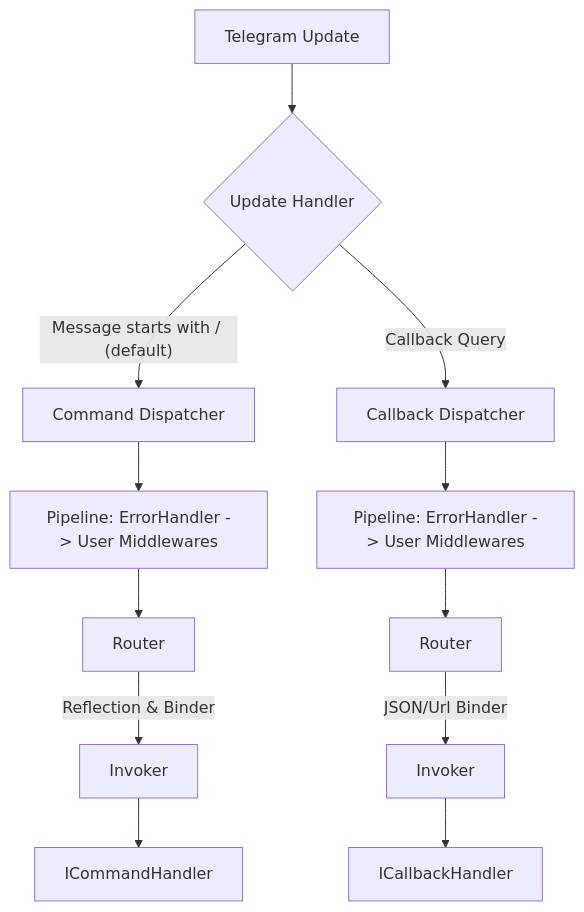
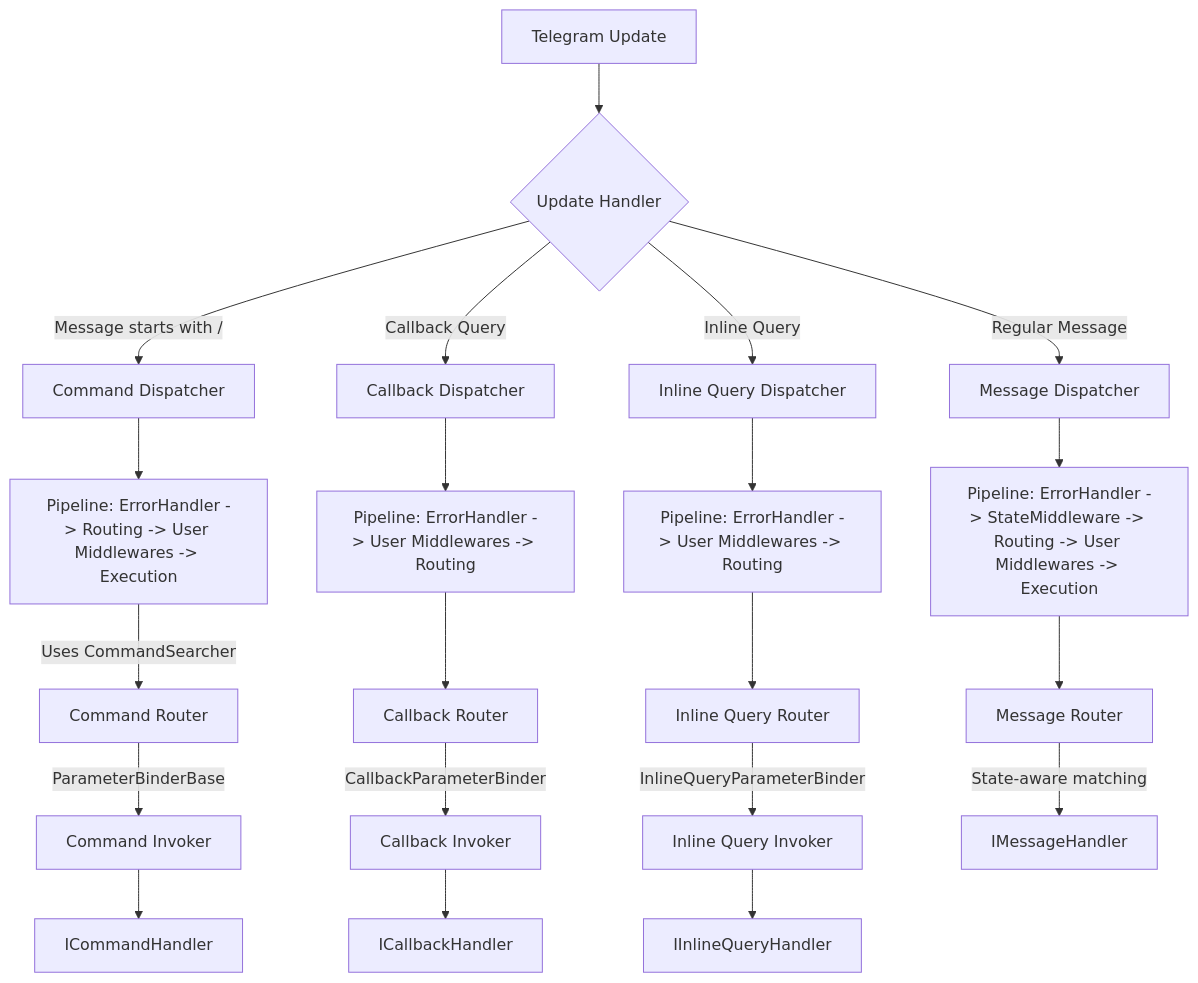
Before and after one commit to uladzislautsimankou/telegram-botkit: the diagram in README.md, drawn with Mermaid. The commit also changed other lines of this file and 1 other file, not shown here.

````diff
--- a/README.md
+++ b/README.md
@@ -17,18 +16,31 @@
 ```mermaid
 graph TD
     Update[Telegram Update] --> Handler{Update Handler}
     
     %% Command Flow
-    Handler -- "Message starts with / (default)" --> CmdDisp[Command Dispatcher]
-    CmdDisp --> CmdPipe[Pipeline: ErrorHandler -> User Middlewares]
-    CmdPipe --> CmdRouter[Router]
-    CmdRouter -- Reflection & Binder --> CmdInvoker[Invoker]
+    Handler -- "Message starts with /" --> CmdDisp[Command Dispatcher]
+    CmdDisp --> CmdPipe[Pipeline: ErrorHandler -> Routing -> User Middlewares -> Execution]
+    CmdPipe -- "Uses CommandSearcher" --> CmdRouter[Command Router]
+    CmdRouter -- "ParameterBinderBase" --> CmdInvoker[Command Invoker]
     CmdInvoker --> CmdHandler[ICommandHandler]
     
     %% Callback Flow
     Handler -- Callback Query --> CbkDisp[Callback Dispatcher]
-    CbkDisp --> CbkPipe[Pipeline: ErrorHandler -> User Middlewares]
-    CbkPipe --> CbkRouter[Router]
-    CbkRouter -- JSON/Url Binder --> CbkInvoker[Invoker]
+    CbkDisp --> CbkPipe[Pipeline: ErrorHandler -> User Middlewares -> Routing]
+    CbkPipe --> CbkRouter[Callback Router]
+    CbkRouter -- "CallbackParameterBinder" --> CbkInvoker[Callback Invoker]
     CbkInvoker --> CbkHandler[ICallbackHandler]
+
+    %% Inline Query Flow
+    Handler -- Inline Query --> InlDisp[Inline Query Dispatcher]
+    InlDisp --> InlPipe[Pipeline: ErrorHandler -> User Middlewares -> Routing]
+    InlPipe --> InlRouter[Inline Query Router]
+    InlRouter -- "InlineQueryParameterBinder" --> InlInvoker[Inline Query Invoker]
+    InlInvoker --> InlHandler[IInlineQueryHandler]
+
+    %% Message Flow
+    Handler -- Regular Message --> MsgDisp[Message Dispatcher]
+    MsgDisp --> MsgPipe[Pipeline: ErrorHandler -> StateMiddleware -> Routing -> User Middlewares -> Execution]
+    MsgPipe --> MsgRouter[Message Router]
+    MsgRouter -- "State-aware matching" --> MsgHandler[IMessageHandler]
 ```
````
